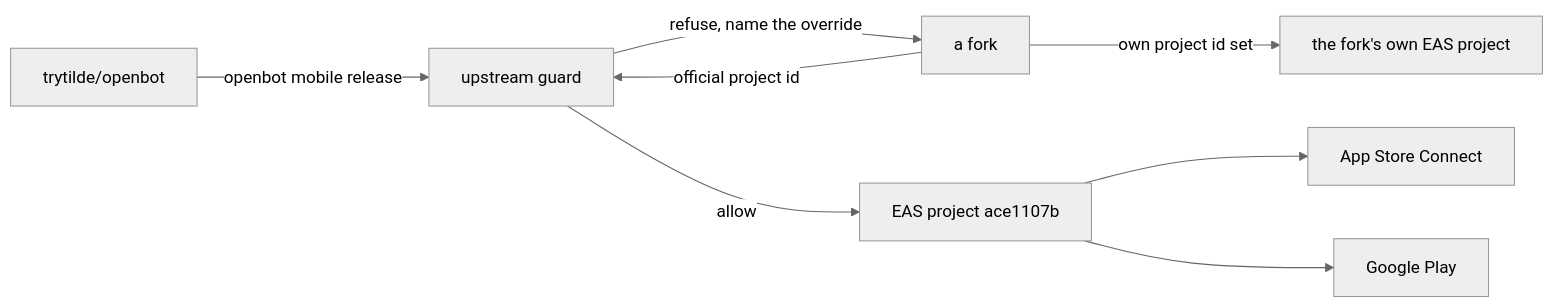
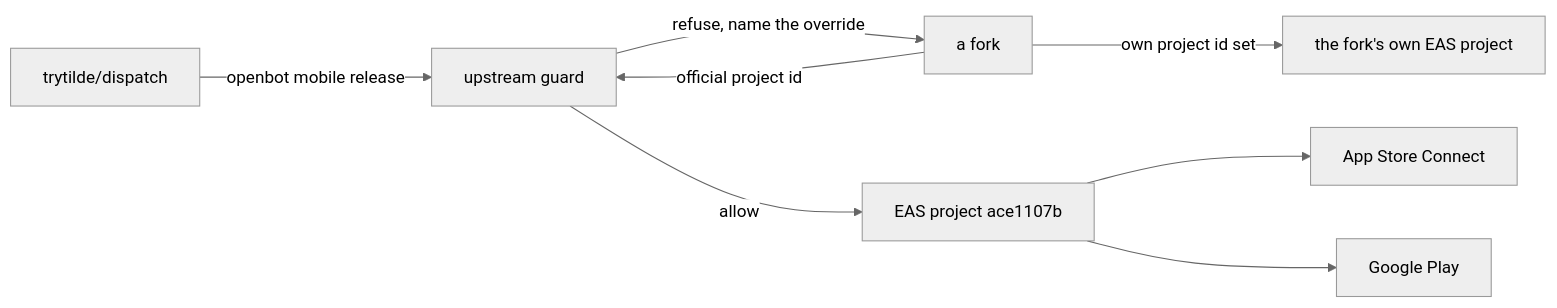
The diagram in docs/adrs/0027-official-app-store-publication.md (trytilde/dispatch), drawn with Mermaid (neutral theme) before and after one commit. The commit also changed other lines of this file and 34 other files, not shown here.

````diff
--- a/docs/adrs/0027-official-app-store-publication.md
+++ b/docs/adrs/0027-official-app-store-publication.md
@@ -83,10 +83,10 @@
 ```mermaid
 flowchart LR
-  U["trytilde/openbot"] -->|"openbot mobile release"| G["upstream guard"]
+  U["trytilde/dispatch"] -->|"openbot mobile release"| G["upstream guard"]
   F["a fork"] -->|"official project id"| G
   G -->|"refuse, name the override"| F
   G -->|"allow"| E["EAS project ace1107b"]
   E --> A["App Store Connect"]
   E --> P["Google Play"]
   F -->|"own project id set"| E2["the fork's own EAS project"]
 ```
````
